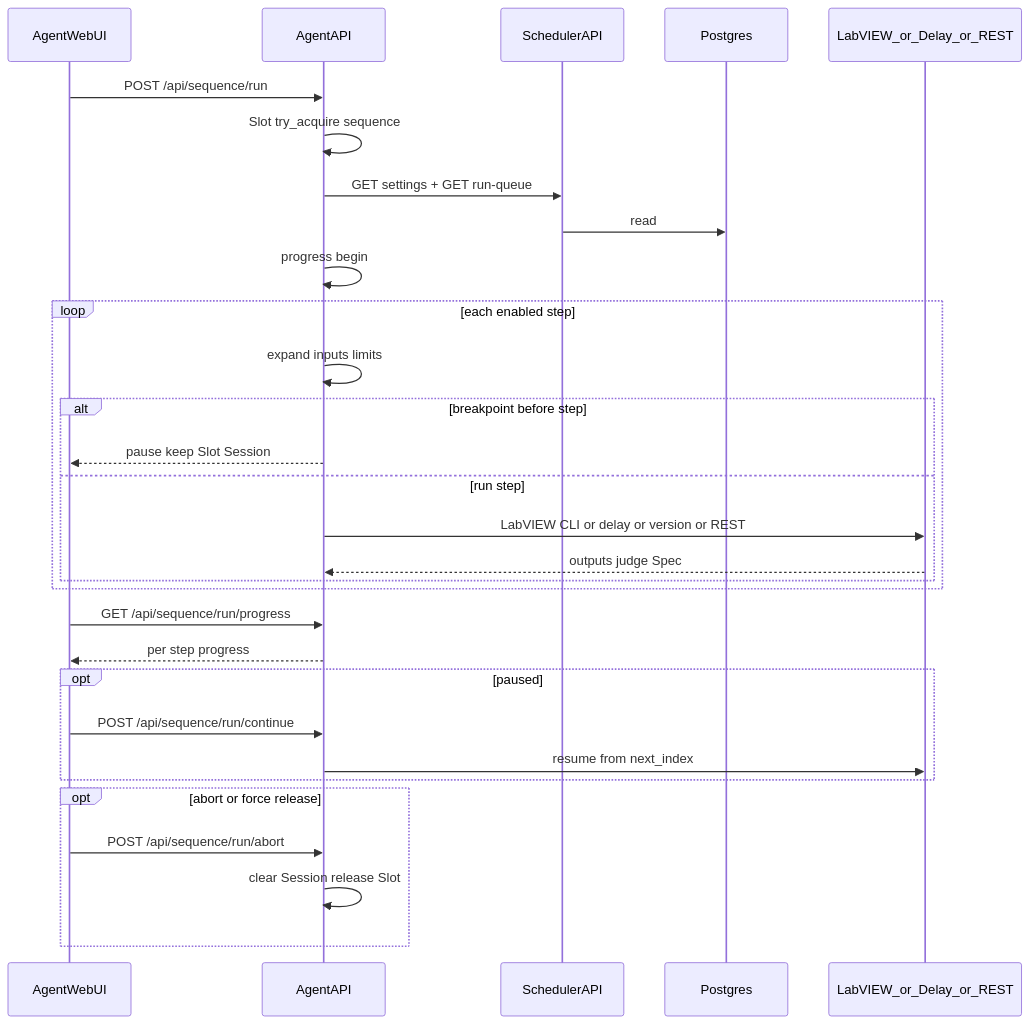
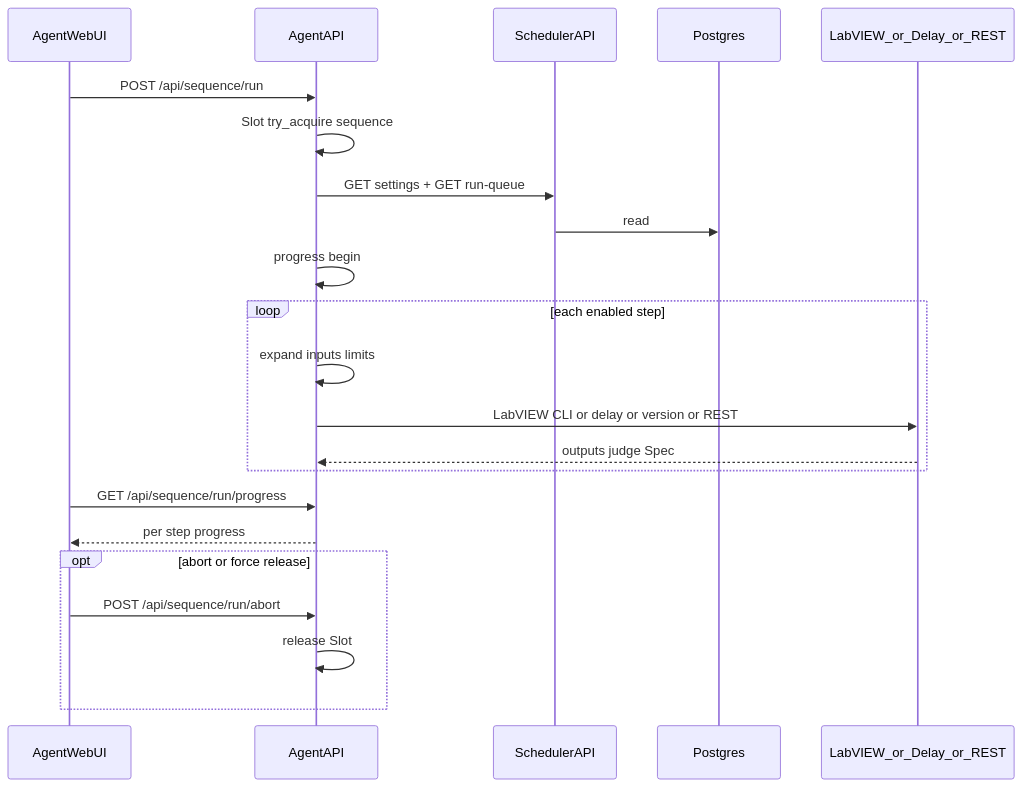
Before and after one commit to zhongbinyang/Atlas: the eighth of 8 diagrams in docs/api.md, drawn with Mermaid. The commit also changed other lines of this file and 11 other files, not shown here.

Commit message:
feat: remove sequence breakpoints and continue/pause path

````diff
--- a/docs/api.md
+++ b/docs/api.md
@@ -275,37 +275,28 @@
 ```mermaid
 sequenceDiagram
   participant AW as AgentWebUI
   participant AA as AgentAPI
   participant SA as SchedulerAPI
   participant DB as Postgres
   participant Step as LabVIEW_or_Delay_or_REST
 
   AW->>AA: POST /api/sequence/run
   AA->>AA: Slot try_acquire sequence
   AA->>SA: GET settings + GET run-queue
   SA->>DB: read
   AA->>AA: progress begin
 
   loop each enabled step
     AA->>AA: expand inputs limits
-    alt breakpoint before step
-      AA-->>AW: pause keep Slot Session
-    else run step
-      AA->>Step: LabVIEW CLI or delay or version or REST
-      Step-->>AA: outputs judge Spec
-    end
+    AA->>Step: LabVIEW CLI or delay or version or REST
+    Step-->>AA: outputs judge Spec
   end
 
   AW->>AA: GET /api/sequence/run/progress
   AA-->>AW: per step progress
 
-  opt paused
-    AW->>AA: POST /api/sequence/run/continue
-    AA->>Step: resume from next_index
-  end
-
   opt abort or force release
     AW->>AA: POST /api/sequence/run/abort
-    AA->>AA: clear Session release Slot
+    AA->>AA: release Slot
   end
 ```
````
